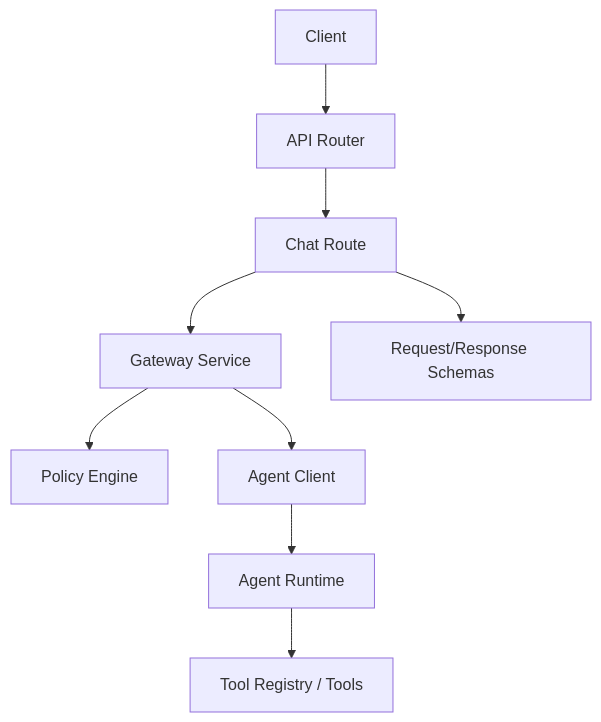
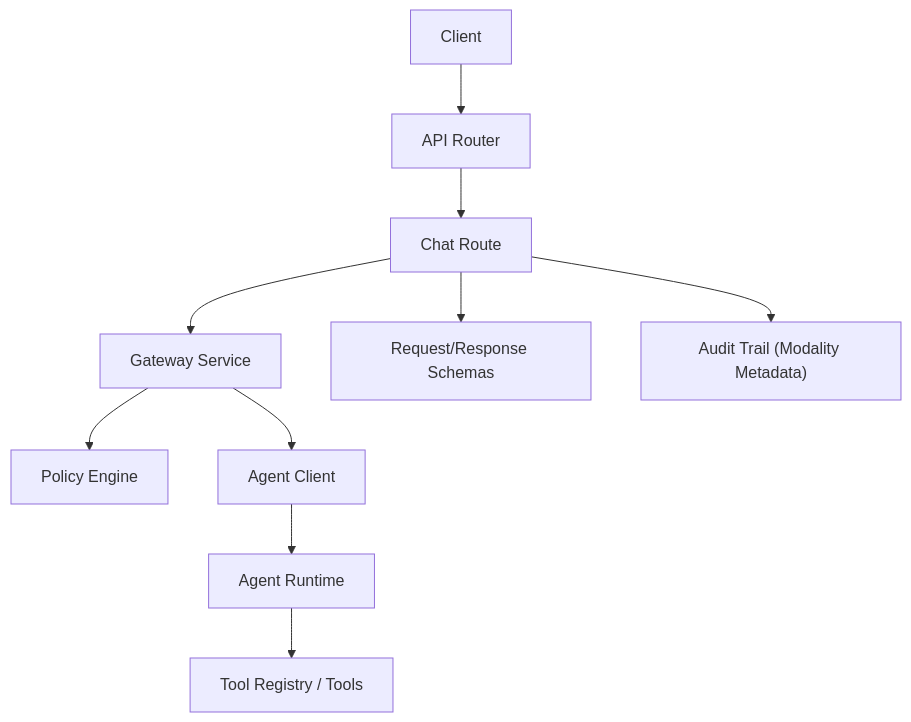
The first of 3 diagrams in .qoder/repowiki/en/content/Tool Gateway Service/API Endpoints and Authentication/Chat API.md (metasync/luban-aiops), drawn with Mermaid before and after one commit. The commit also changed other lines of this file and 43 other files, not shown here.

````diff
--- a/.qoder/repowiki/en/content/Tool Gateway Service/API Endpoints and Authentication/Chat API.md
+++ b/.qoder/repowiki/en/content/Tool Gateway Service/API Endpoints and Authentication/Chat API.md
@@ -38,11 +46,12 @@
 ```mermaid
 graph TB
 Client["Client"] --> Router["API Router"]
 Router --> ChatRoute["Chat Route"]
 ChatRoute --> GatewayService["Gateway Service"]
 GatewayService --> PolicyEngine["Policy Engine"]
 GatewayService --> AgentClient["Agent Client"]
 AgentClient --> AgentRuntime["Agent Runtime"]
 AgentRuntime --> Tools["Tool Registry / Tools"]
 ChatRoute --> Schemas["Request/Response Schemas"]
+ChatRoute --> AuditTrail["Audit Trail (Modality Metadata)"]
 ```
````
